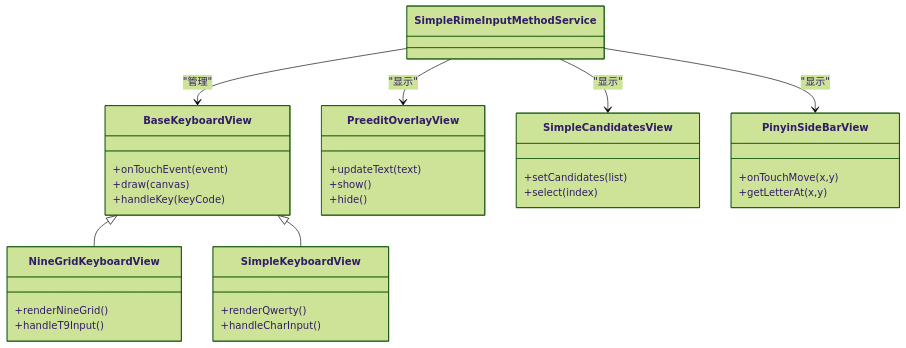
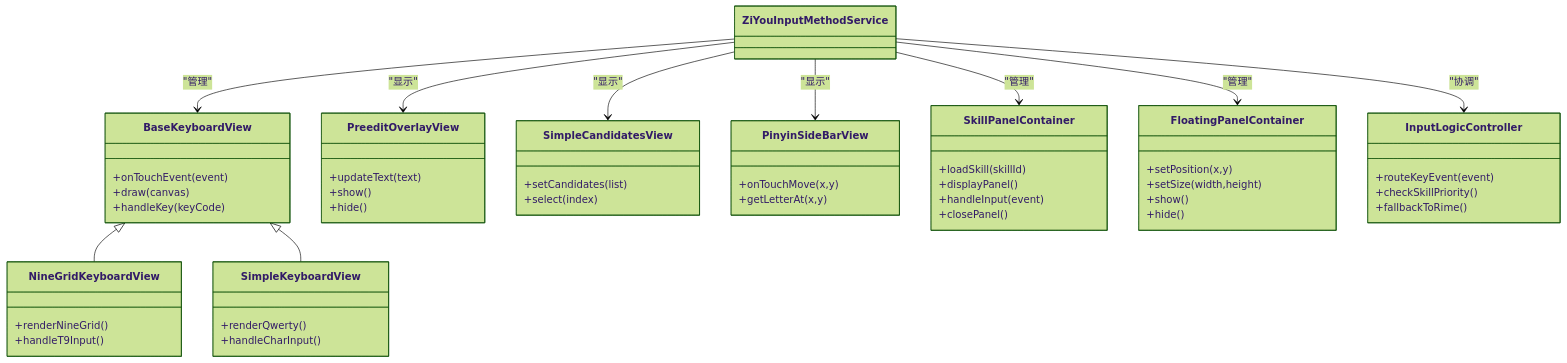
The third of 6 diagrams in .qoder/repowiki/zh/content/输入法服务.md (qiaodashaoye/ziyou-ime), drawn with Mermaid (forest theme) before and after one commit. The commit also changed other lines of this file and 28 other files, not shown here.

````diff
--- a/.qoder/repowiki/zh/content/输入法服务.md
+++ b/.qoder/repowiki/zh/content/输入法服务.md
@@ -234,35 +291,55 @@
 ```mermaid
 classDiagram
 class BaseKeyboardView {
 +onTouchEvent(event)
 +draw(canvas)
 +handleKey(keyCode)
 }
 class NineGridKeyboardView {
 +renderNineGrid()
 +handleT9Input()
 }
 class SimpleKeyboardView {
 +renderQwerty()
 +handleCharInput()
 }
 class PreeditOverlayView {
 +updateText(text)
 +show()
 +hide()
 }
 class SimpleCandidatesView {
 +setCandidates(list)
 +select(index)
 }
 class PinyinSideBarView {
 +onTouchMove(x,y)
 +getLetterAt(x,y)
 }
+class SkillPanelContainer {
++loadSkill(skillId)
++displayPanel()
++handleInput(event)
++closePanel()
+}
+class FloatingPanelContainer {
++setPosition(x,y)
++setSize(width,height)
++show()
++hide()
+}
+class InputLogicController {
++routeKeyEvent(event)
++checkSkillPriority()
++fallbackToRime()
+}
 BaseKeyboardView <|-- NineGridKeyboardView
 BaseKeyboardView <|-- SimpleKeyboardView
-SimpleRimeInputMethodService --> BaseKeyboardView : "管理"
-SimpleRimeInputMethodService --> PreeditOverlayView : "显示"
-SimpleRimeInputMethodService --> SimpleCandidatesView : "显示"
-SimpleRimeInputMethodService --> PinyinSideBarView : "显示"
+ZiYouInputMethodService --> BaseKeyboardView : "管理"
+ZiYouInputMethodService --> PreeditOverlayView : "显示"
+ZiYouInputMethodService --> SimpleCandidatesView : "显示"
+ZiYouInputMethodService --> PinyinSideBarView : "显示"
+ZiYouInputMethodService --> SkillPanelContainer : "管理"
+ZiYouInputMethodService --> FloatingPanelContainer : "管理"
+ZiYouInputMethodService --> InputLogicController : "协调"
 ```
````
